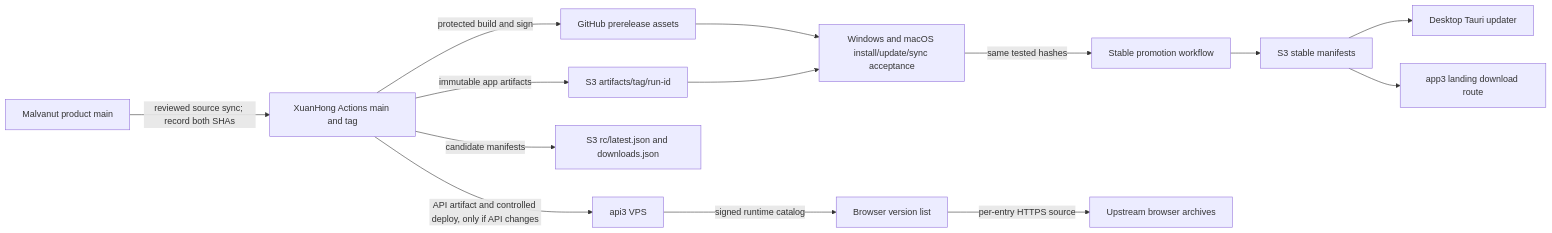
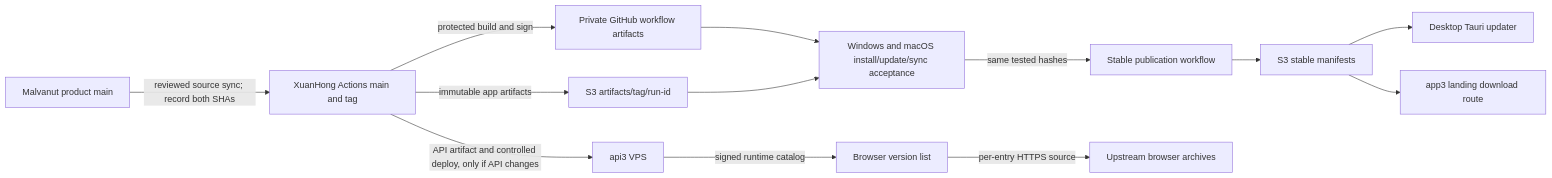
One commit to XuanHongitHub/buglogin-3.0 changed the diagram in docs/release/windows-release-workstation.md. Above: the diagram before and after it, drawn with Mermaid. The commit also changed other lines of this file and 64 other files, not shown here.

````diff
--- a/docs/release/windows-release-workstation.md
+++ b/docs/release/windows-release-workstation.md
@@ -31,16 +39,15 @@
 ```mermaid
 flowchart LR
   P[Malvanut product main] -->|reviewed source sync; record both SHAs| A[XuanHong Actions main and tag]
-  A -->|protected build and sign| G[GitHub prerelease assets]
+  A -->|protected build and sign| G[Private GitHub workflow artifacts]
   A -->|immutable app artifacts| S3A[S3 artifacts/tag/run-id]
-  A -->|candidate manifests| S3RC[S3 rc/latest.json and downloads.json]
   G --> Q[Windows and macOS install/update/sync acceptance]
   S3A --> Q
-  Q -->|same tested hashes| ST[Stable promotion workflow]
+  Q -->|same tested hashes| ST[Stable publication workflow]
   ST --> S3S3[S3 stable manifests]
   S3S3 --> U[Desktop Tauri updater]
   S3S3 --> W[app3 landing download route]
   A -->|API artifact and controlled deploy, only if API changes| API[api3 VPS]
   API -->|signed runtime catalog| C[Browser version list]
   C -->|per-entry HTTPS source| B[Upstream browser archives]
 ```
````
